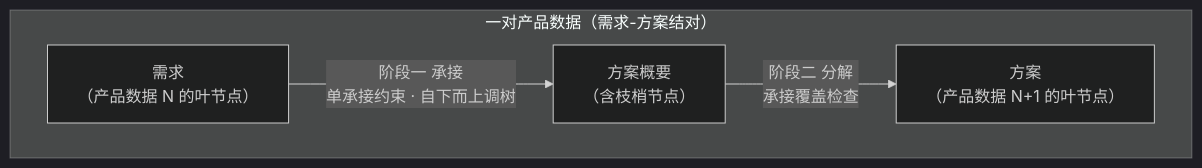
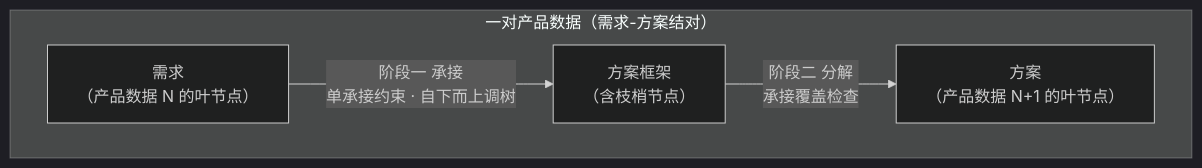
Before and after one commit to Yongjunzhou/AOS-system-design: the first of 4 diagrams in 50-系统工程研究/00-系统工程相关研究报告/20-设计与开发落地方法研究报告—需求与方案结对开发.md, drawn with Mermaid (dark theme). The commit also changed other lines of this file and 60 other files, not shown here.

````diff
--- a/50-系统工程研究/00-系统工程相关研究报告/20-设计与开发落地方法研究报告—需求与方案结对开发.md
+++ b/50-系统工程研究/00-系统工程相关研究报告/20-设计与开发落地方法研究报告—需求与方案结对开发.md
@@ -15,10 +15,10 @@
 ```mermaid
 flowchart TD
     subgraph pair["一对产品数据（需求-方案结对）"]
         N["需求<br/>（产品数据 N 的叶节点）"]
-        A["方案概要<br/>（含枝梢节点）"]
+        A["方案框架<br/>（含枝梢节点）"]
         S["方案<br/>（产品数据 N+1 的叶节点）"]
         N -->|"阶段一 承接<br/>单承接约束 · 自下而上调树"| A
         A -->|"阶段二 分解<br/>承接覆盖检查"| S
     end
 ```
````
